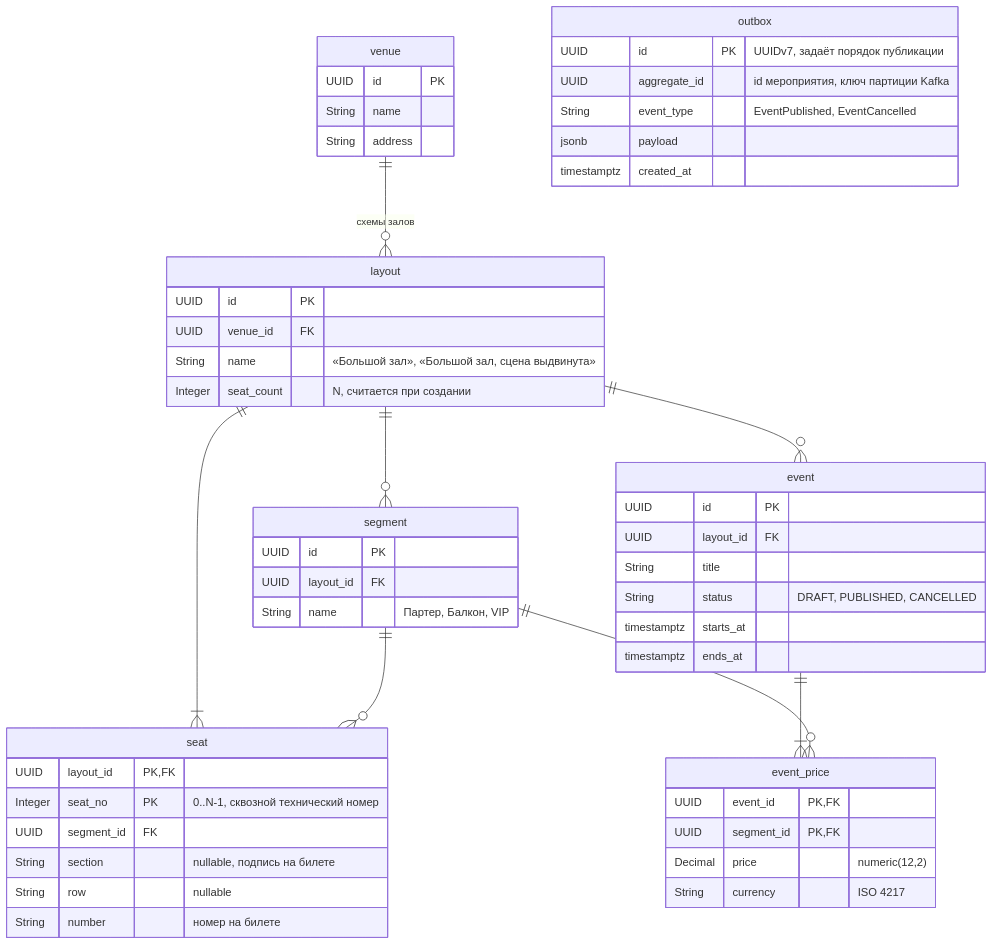
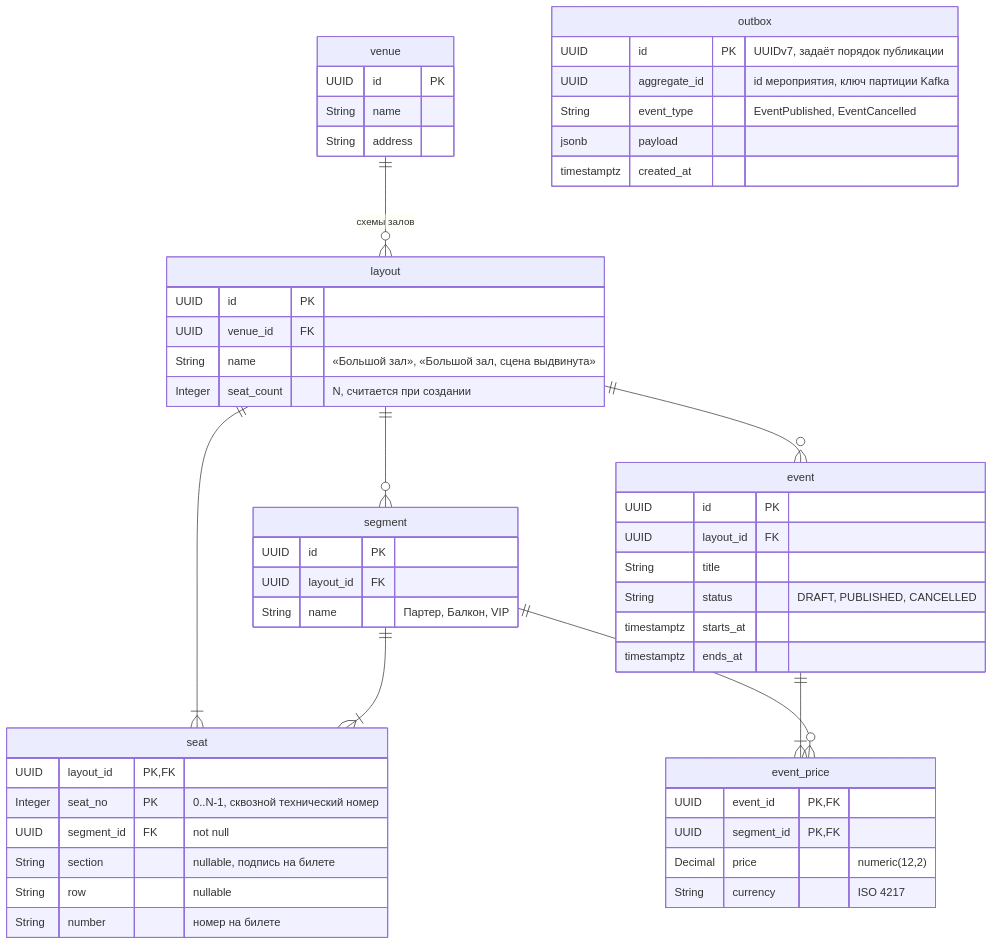
Before and after one commit to hokkaidox/tickethub: the diagram in docs/catalog/erd.md, drawn with Mermaid. The commit also changed other lines of this file and 4 other files, not shown here.

````diff
--- a/docs/catalog/erd.md
+++ b/docs/catalog/erd.md
@@ -5,56 +5,56 @@
 ```mermaid
 erDiagram
     venue ||--o{ layout : "схемы залов"
     layout ||--o{ segment : ""
     layout ||--|{ seat : ""
-    segment ||--o{ seat : ""
+    segment ||--|{ seat : ""
     layout ||--o{ event : ""
     event ||--|{ event_price : ""
     segment ||--o{ event_price : ""
 
     venue {
         UUID id PK
         String name
         String address
     }
     layout {
         UUID id PK
         UUID venue_id FK
         String name "«Большой зал», «Большой зал, сцена выдвинута»"
         Integer seat_count "N, считается при создании"
     }
     segment {
         UUID id PK
         UUID layout_id FK
         String name "Партер, Балкон, VIP"
     }
     seat {
         UUID layout_id PK, FK
         Integer seat_no PK "0..N-1, сквозной технический номер"
-        UUID segment_id FK
+        UUID segment_id FK "not null"
         String section "nullable, подпись на билете"
         String row "nullable"
         String number "номер на билете"
     }
     event {
         UUID id PK
         UUID layout_id FK
         String title
         String status "DRAFT, PUBLISHED, CANCELLED"
         timestamptz starts_at
         timestamptz ends_at
     }
     event_price {
         UUID event_id PK, FK
         UUID segment_id PK, FK
         Decimal price "numeric(12,2)"
         String currency "ISO 4217"
     }
     outbox {
         UUID id PK "UUIDv7, задаёт порядок публикации"
         UUID aggregate_id "id мероприятия, ключ партиции Kafka"
         String event_type "EventPublished, EventCancelled"
         jsonb payload
         timestamptz created_at
     }
 ```
````
